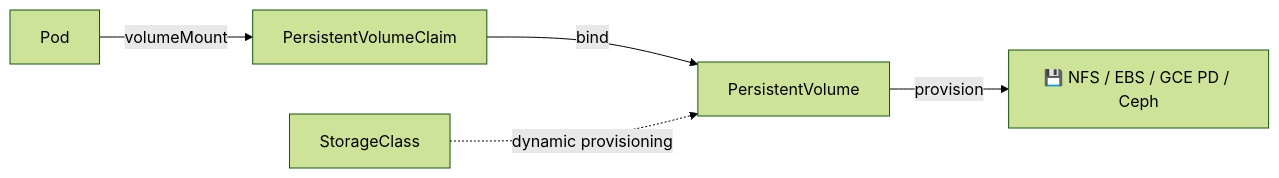
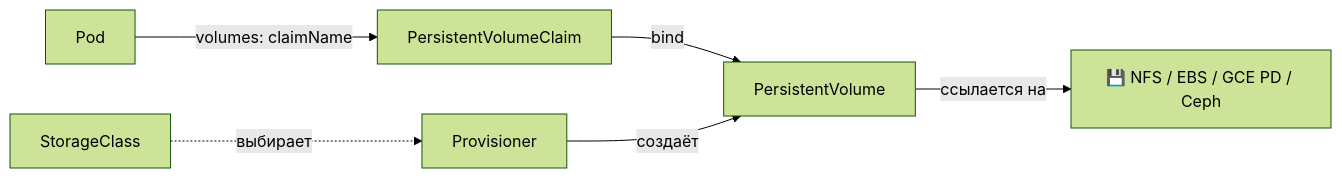
One commit to akeverus/cheat-sheet changed the seventh of 10 diagrams in cheatsheets/interview/devops/kubernetes-interview.md. Above: the diagram before and after it, drawn with Mermaid (forest theme). The commit also changed other lines of this file and 154 other files, not shown here.

````diff
--- a/cheatsheets/interview/devops/kubernetes-interview.md
+++ b/cheatsheets/interview/devops/kubernetes-interview.md
@@ -1125,7 +1181,8 @@
 ```mermaid
 graph LR
-    Pod -->|volumeMount| PVC[PersistentVolumeClaim]
+    Pod -->|"volumes: claimName"| PVC[PersistentVolumeClaim]
     PVC -->|bind| PV[PersistentVolume]
-    PV -->|provision| Storage["💾 NFS / EBS / GCE PD / Ceph"]
-    SC[StorageClass] -.->|dynamic provisioning| PV
+    PV -->|ссылается на| Storage["💾 NFS / EBS / GCE PD / Ceph"]
+    SC[StorageClass] -.->|выбирает| Provisioner[Provisioner]
+    Provisioner -->|создаёт| PV
 ```
````
